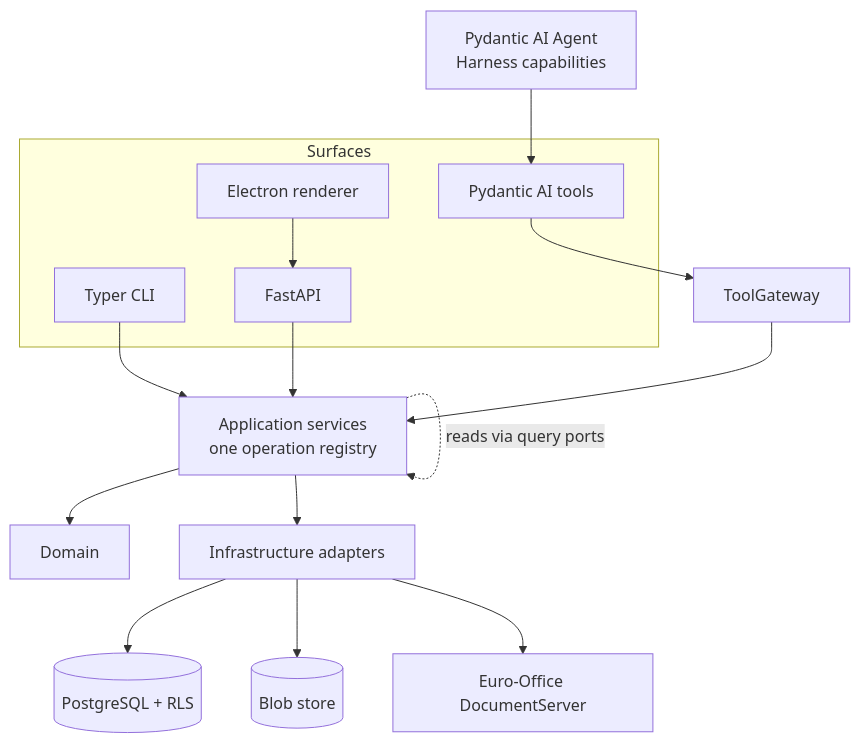
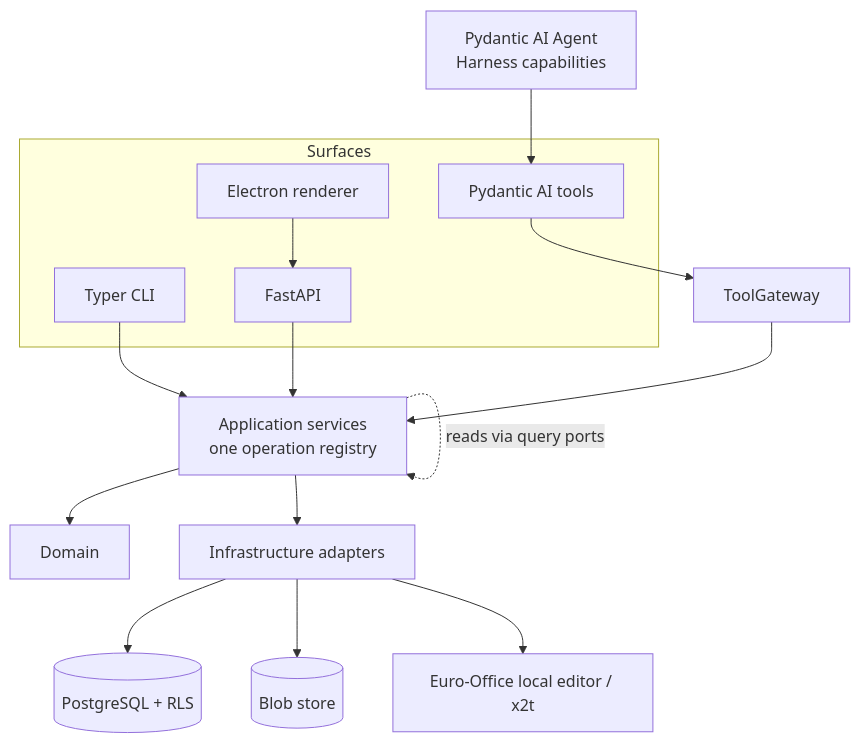
The diagram in docs/implementation/enforcement-audit-plan.md (asimog/mavrykx), drawn with Mermaid before and after one commit. The commit also changed other lines of this file and 10 other files, not shown here.

````diff
--- a/docs/implementation/enforcement-audit-plan.md
+++ b/docs/implementation/enforcement-audit-plan.md
@@ -63,29 +63,29 @@
 ```mermaid
 flowchart TB
   subgraph Surfaces
     CLI[Typer CLI]
     HTTP[FastAPI]
     TOOL[Pydantic AI tools]
     UI[Electron renderer]
   end
   GW[ToolGateway]
   APP[Application services<br/>one operation registry]
   DOM[Domain]
   INFRA[Infrastructure adapters]
   PG[(PostgreSQL + RLS)]
   BLOB[(Blob store)]
-  EO[Euro-Office DocumentServer]
+  EO[Euro-Office local editor / x2t]
   AGENT[Pydantic AI Agent<br/>Harness capabilities]
 
   CLI --> APP
   HTTP --> APP
   TOOL --> GW --> APP
   UI --> HTTP
   AGENT --> TOOL
   APP --> DOM
   APP --> INFRA
   INFRA --> PG
   INFRA --> BLOB
   INFRA --> EO
   APP -.reads via query ports.-> APP
 ```
````
